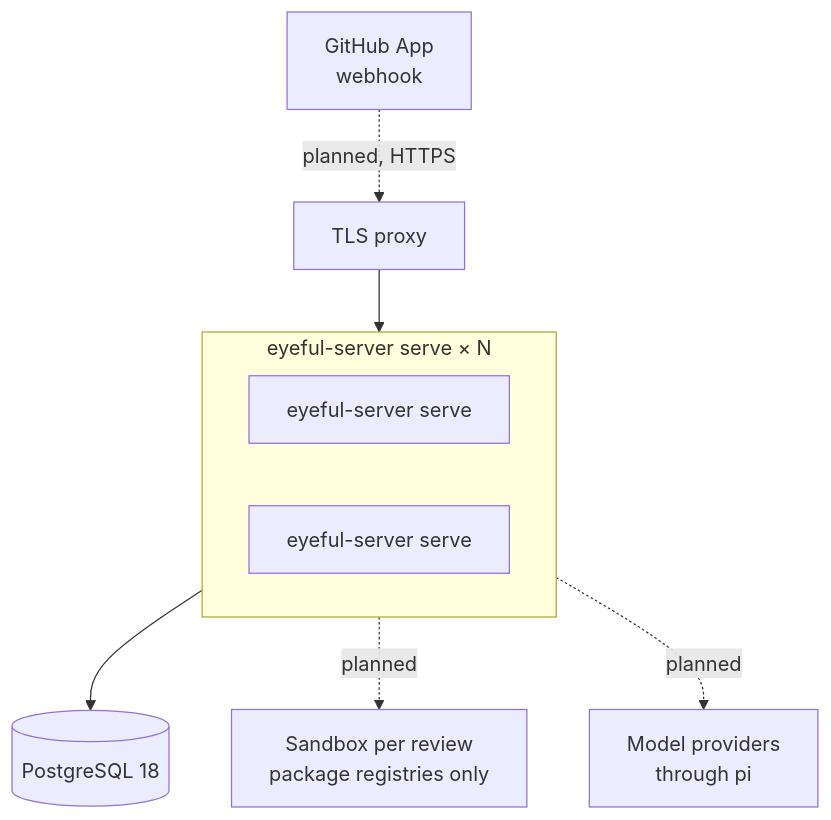
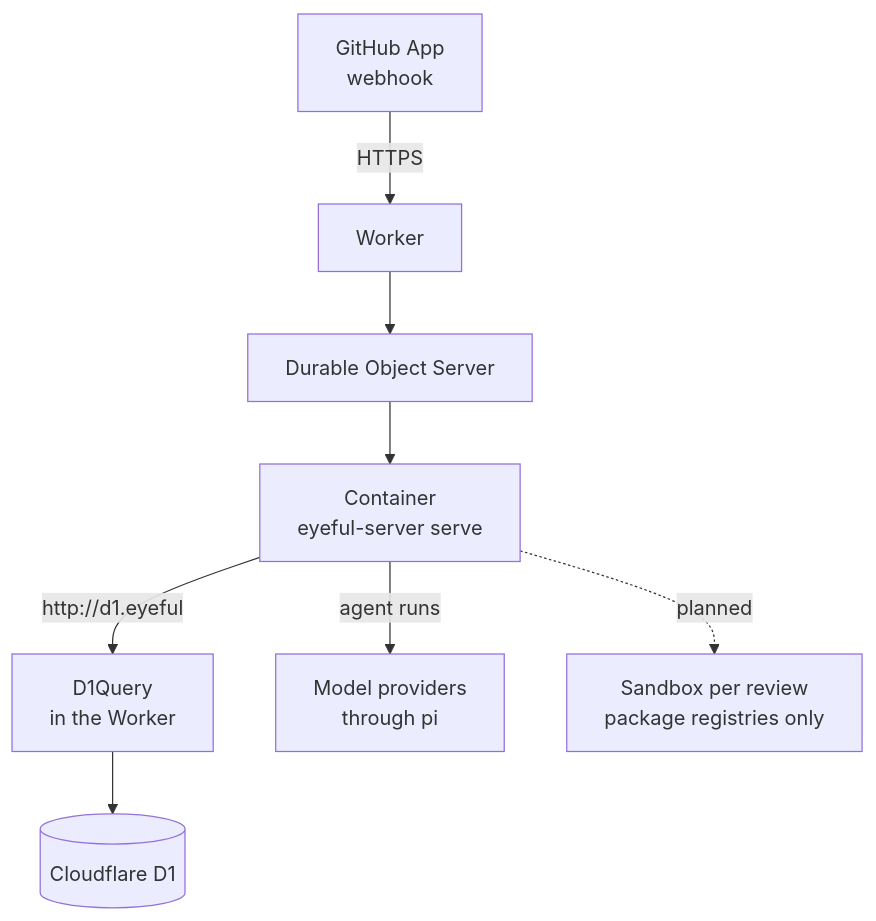
Before and after one commit to Pleasurecruise/eyeful: the first of 2 diagrams in docs/cloud/DEPLOYMENT.md, drawn with Mermaid. The commit also changed other lines of this file and 96 other files, not shown here.

First line of the commit message:
feat!: admit reviews through a GitHub App and keep them in D1

````diff
--- a/docs/cloud/DEPLOYMENT.md
+++ b/docs/cloud/DEPLOYMENT.md
@@ -31,12 +29,10 @@
 ```mermaid
 flowchart TB
-    gh["GitHub App<br/>webhook"] -.->|planned, HTTPS| proxy["TLS proxy"]
-    proxy --> servers
-    subgraph servers["eyeful-server serve × N"]
-        s1["eyeful-server serve"]
-        s2["eyeful-server serve"]
-    end
-    servers --> pg[("PostgreSQL 18")]
-    servers -.->|planned| sandbox["Sandbox per review<br/>package registries only"]
-    servers -.->|planned| models["Model providers<br/>through pi"]
+    gh["GitHub App<br/>webhook"] -->|HTTPS| worker["Worker"]
+    worker --> do["Durable Object Server"]
+    do --> server["Container<br/>eyeful-server serve"]
+    server -->|"http://d1.eyeful"| proxy["D1Query<br/>in the Worker"]
+    proxy --> d1[("Cloudflare D1")]
+    server -->|agent runs| models["Model providers<br/>through pi"]
+    server -.->|planned| sandbox["Sandbox per review<br/>package registries only"]
 ```
````
